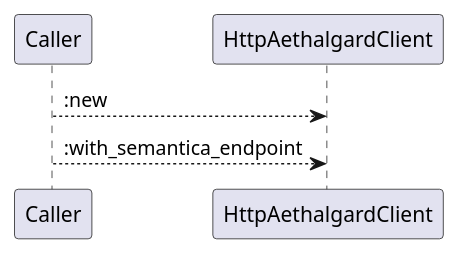
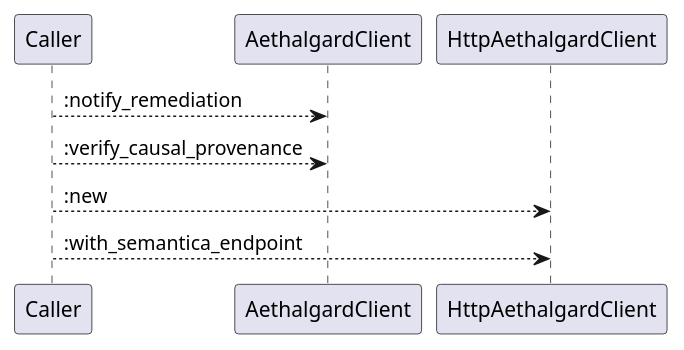
Before and after one commit to lgcorzo/rust_CACD_autonomous_factory: the fifth of 6 diagrams in openwiki/crates_factory_infrastructure_src_aethalgard.md, drawn with PlantUML. The commit also changed other lines of this file and 96 other files, not shown here.

````diff
--- a/openwiki/crates_factory_infrastructure_src_aethalgard.md
+++ b/openwiki/crates_factory_infrastructure_src_aethalgard.md
@@ -187,7 +248,9 @@
 ```plantuml
 @startuml
+Caller --> AethalgardClient::notify_remediation
+Caller --> AethalgardClient::verify_causal_provenance
 Caller --> HttpAethalgardClient::new
 Caller --> HttpAethalgardClient::with_semantica_endpoint
 @enduml
 
 ```
````
